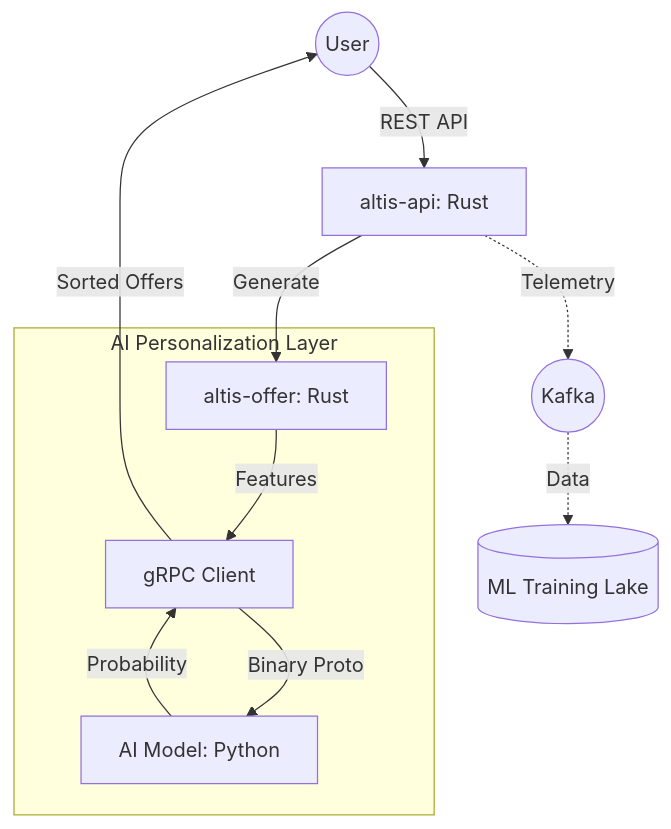
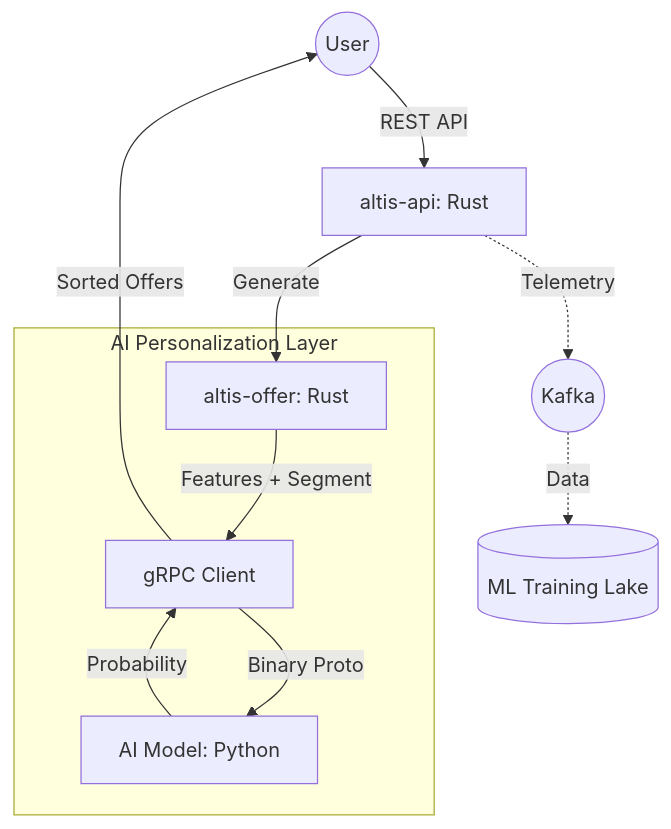
Before and after one commit to ThinkGrid-Labs/altis-engine: the diagram in docs/architecture/ai_integration.md, drawn with Mermaid. The commit also changed 51 other files, not shown here.

````diff
--- a/docs/architecture/ai_integration.md
+++ b/docs/architecture/ai_integration.md
@@ -22,16 +22,16 @@
 ```mermaid
 graph TD
     User((User)) -->|REST API| API[altis-api: Rust]
     API -->|Generate| OfferGen[altis-offer: Rust]
     
     subgraph "AI Personalization Layer"
-        OfferGen -->|Features| AI_Client[gRPC Client]
+        OfferGen -->|Features + Segment| AI_Client[gRPC Client]
         AI_Client -->|Binary Proto| ML_Service[AI Model: Python]
         ML_Service -->|Probability| AI_Client
     end
     
     AI_Client -->|Sorted Offers| User
     
     API -.->|Telemetry| Kafka((Kafka))
     Kafka -.->|Data| Training[(ML Training Lake)]
 ```
````
